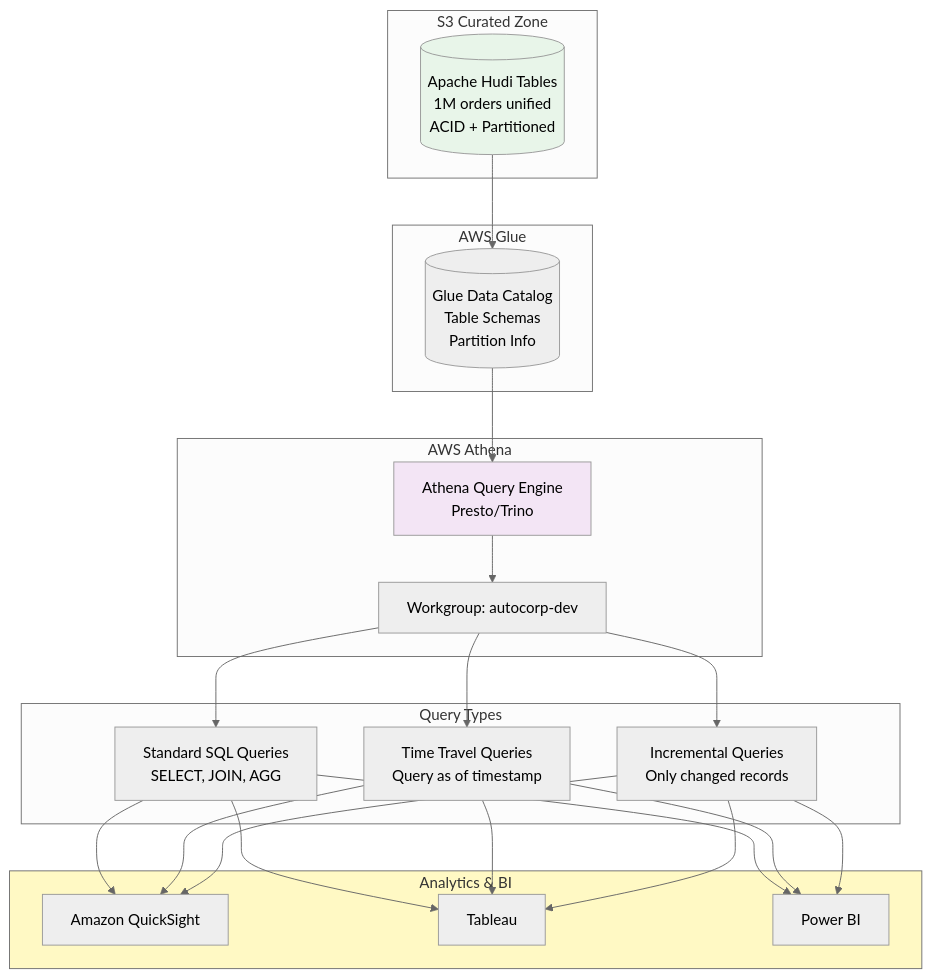
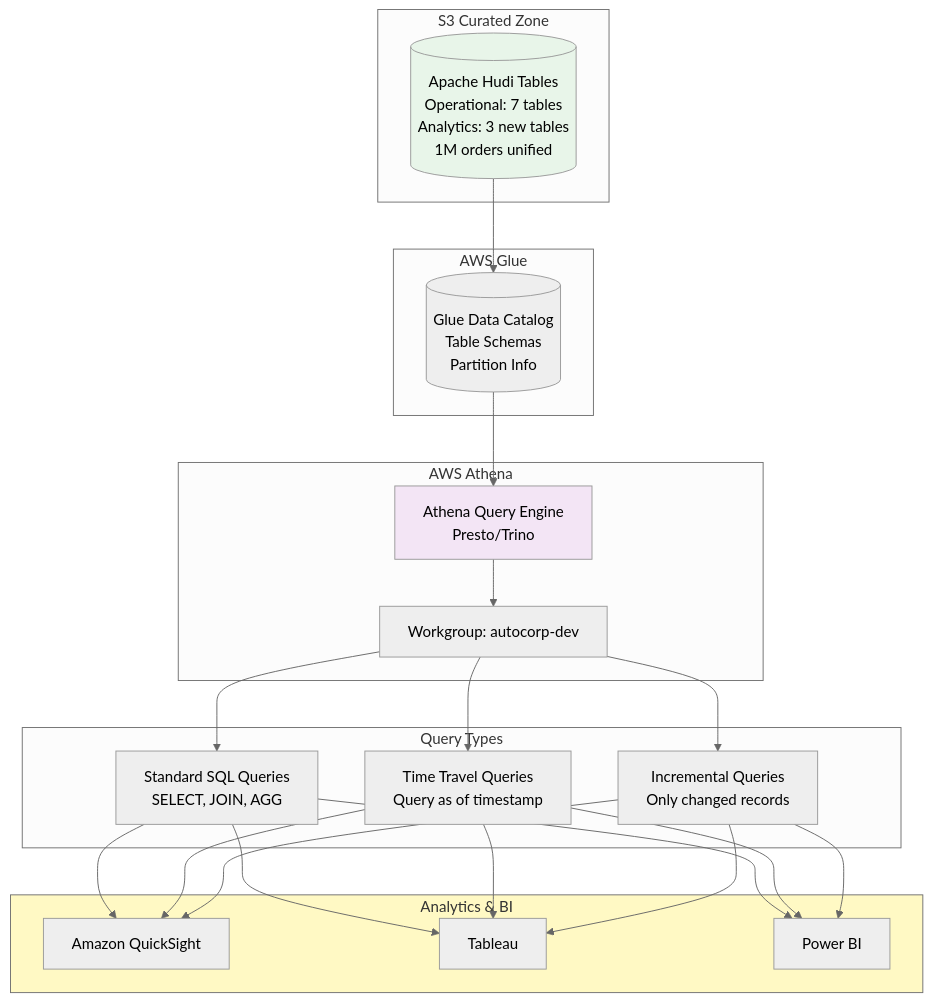
The eighth of 10 diagrams in PROCESS_FLOW_DIAGRAM.md (Bytes0211/autocorp), drawn with Mermaid (neutral theme) before and after one commit. The commit also changed other lines of this file and 24 other files, not shown here.

````diff
--- a/PROCESS_FLOW_DIAGRAM.md
+++ b/PROCESS_FLOW_DIAGRAM.md
@@ -347,39 +354,39 @@
 ```mermaid
 flowchart TB
     subgraph Storage["S3 Curated Zone"]
-        Hudi[(Apache Hudi Tables<br/>1M orders unified<br/>ACID + Partitioned)]
+        Hudi[(Apache Hudi Tables<br/>Operational: 7 tables<br/>Analytics: 3 new tables<br/>1M orders unified)]
     end
     
     subgraph Catalog["AWS Glue"]
         GlueCat[(Glue Data Catalog<br/>Table Schemas<br/>Partition Info)]
     end
     
     subgraph Query["AWS Athena"]
         Athena[Athena Query Engine<br/>Presto/Trino]
         Workgroup[Workgroup: autocorp-dev]
     end
     
     subgraph Queries["Query Types"]
         Q1[Standard SQL Queries<br/>SELECT, JOIN, AGG]
         Q2[Time Travel Queries<br/>Query as of timestamp]
         Q3[Incremental Queries<br/>Only changed records]
     end
     
     subgraph BI["Analytics & BI"]
         QuickSight[Amazon QuickSight]
         Tableau[Tableau]
         PowerBI[Power BI]
     end
     
     Hudi --> GlueCat
     GlueCat --> Athena
     Athena --> Workgroup
     Workgroup --> Q1 & Q2 & Q3
     Q1 --> QuickSight & Tableau & PowerBI
     Q2 --> QuickSight & Tableau & PowerBI
     Q3 --> QuickSight & Tableau & PowerBI
     
     style Hudi fill:#e8f5e9
     style Athena fill:#f3e5f5
     style BI fill:#fff9c4
 ```
````
